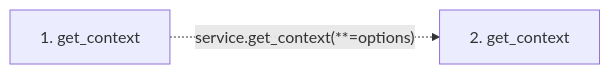
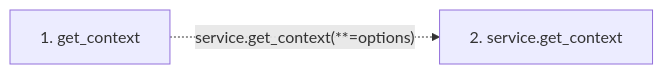
One commit to Denissvgn/python-wiki-llm changed the second of 2 diagrams in docs/llm_wiki/flows/mcp-get_context.md. Above: the diagram before and after it, drawn with Mermaid. The commit also changed other lines of this file and 719 other files, not shown here.

````diff
--- a/docs/llm_wiki/flows/mcp-get_context.md
+++ b/docs/llm_wiki/flows/mcp-get_context.md
@@ -19,7 +20,7 @@
 ```mermaid
 flowchart LR
     s1["1. get_context"]
-    s2["2. get_context"]
+    s2["2. service.get_context"]
     s1 -. "service.get_context(**=options)" .-> s2
     click s1 "../modules/mcp_server.md"
 ```
````
